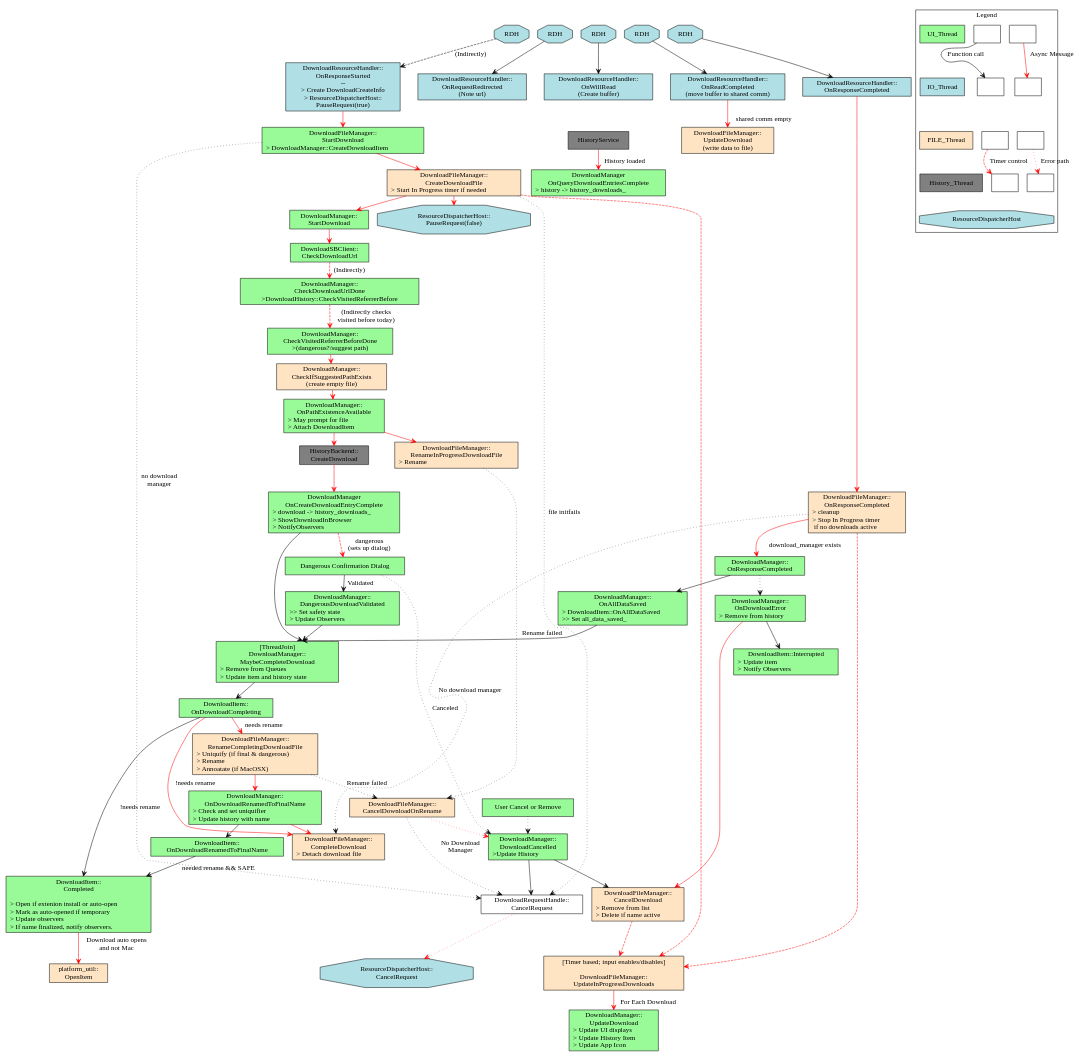
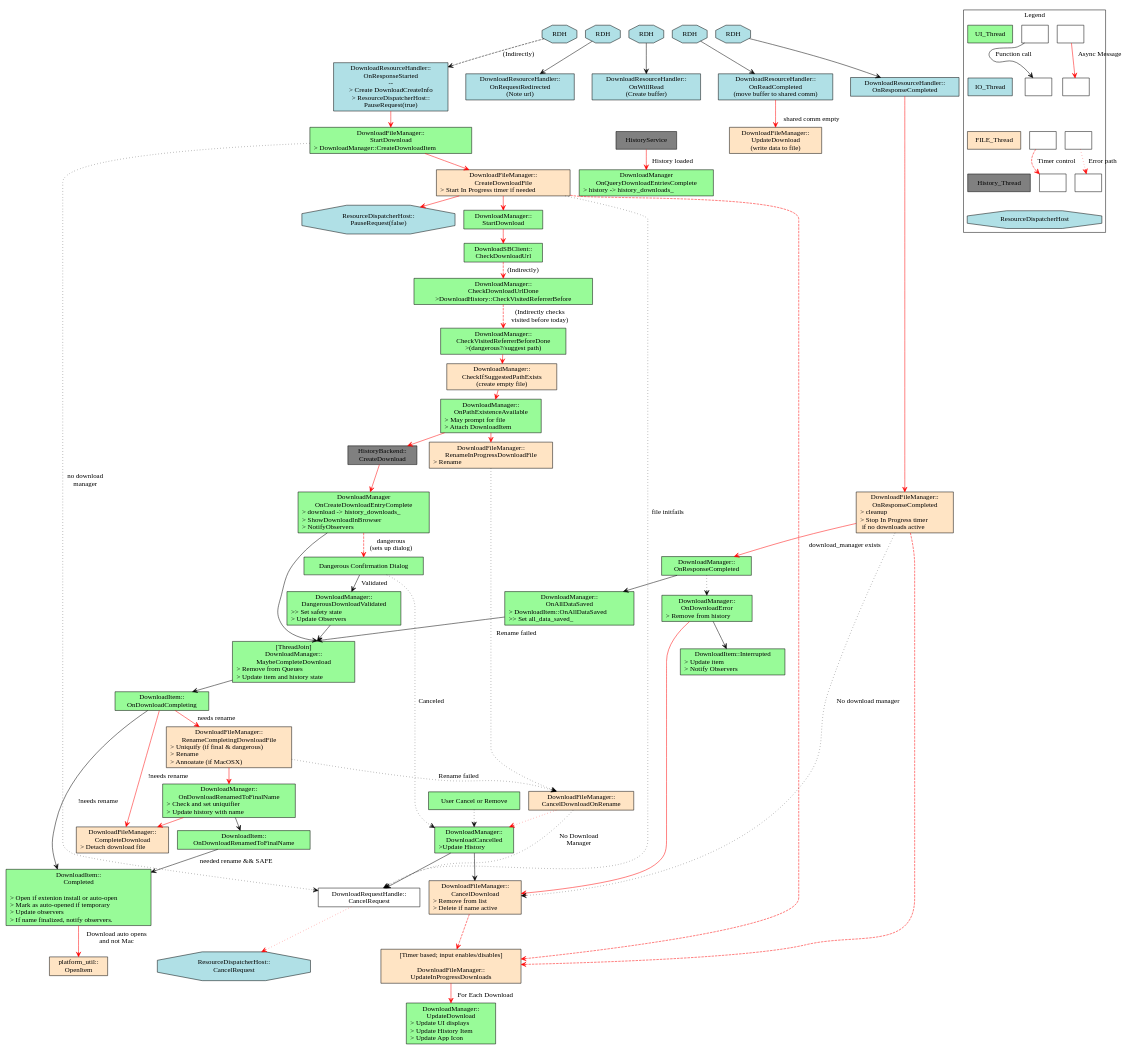
The diagram in downloads_flow.dot (rdsmith/Chromium-Download-Diagrams), drawn with Graphviz before and after one commit.

Commit message:
Fixed error pathway from DFM_OnResponseCompleted.

```diff
--- a/downloads_flow.dot
+++ b/downloads_flow.dot
@@ -156,7 +156,7 @@
   DFM_CancelDownloadOnRename -> DM_DownloadCancelled [color=red];
   DFM_CancelDownloadOnRename -> DRH_CancelRequest [label="No Download\nManager",color=black];
   DFM_RenameCompletingDownloadFile -> DFM_CancelDownloadOnRename [color=black,label="Rename failed"];
-  DFM_OnResponseCompleted -> DFM_CompleteDownload [color=black,weight=0,label="No download manager"];
+  DFM_OnResponseCompleted -> DFM_CancelDownload [color=black,weight=0,label="No download manager"];
   DRH_CancelRequest -> RDH_CancelRequest;
   DM_OnResponseCompleted -> DM_OnDownloadError [color=black];
 
```
